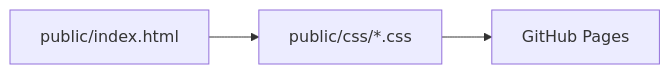
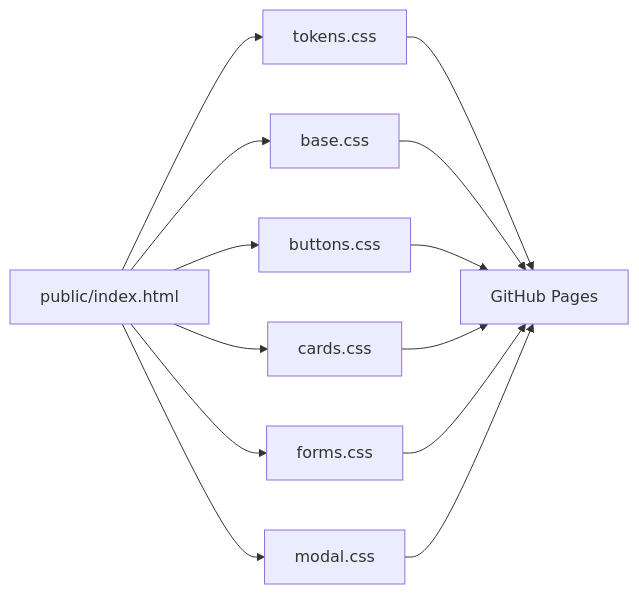
Before and after one commit to Prithv122/css-components: the diagram in README.md, drawn with Mermaid. The commit also changed other lines of this file and 3 other files, not shown here.

````diff
--- a/README.md
+++ b/README.md
@@ -22,5 +28,15 @@
 ```mermaid
 flowchart LR
-    A[public/index.html] --> B[public/css/*.css]
-    B --> C[GitHub Pages]
+    A[public/index.html] --> B[tokens.css]
+    A --> C[base.css]
+    A --> D[buttons.css]
+    A --> E[cards.css]
+    A --> F[forms.css]
+    A --> G[modal.css]
+    B --> H[GitHub Pages]
+    C --> H
+    D --> H
+    E --> H
+    F --> H
+    G --> H
 ```
````
